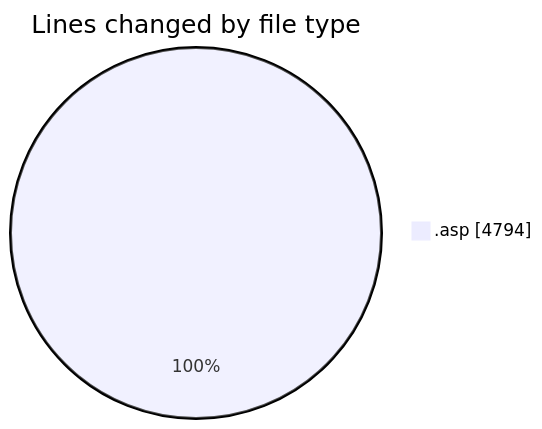
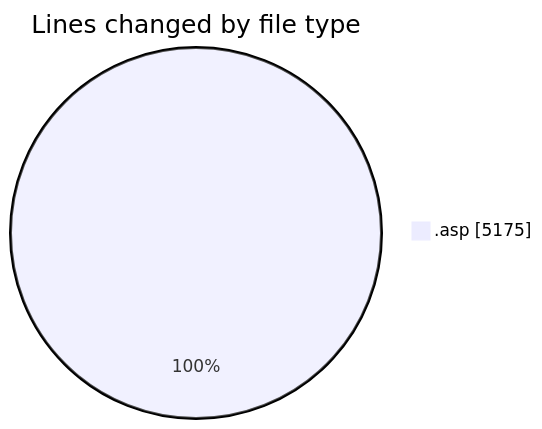
One commit to julien-gomy/code-tracking changed the first of 2 diagrams in 2025-11-10/cdp_aleoudev_fr__workspace_/README.md. Above: the diagram before and after it, drawn with Mermaid. The commit also changed other lines of this file and 1 other file, not shown here.

````diff
--- a/2025-11-10/cdp_aleoudev_fr__workspace_/README.md
+++ b/2025-11-10/cdp_aleoudev_fr__workspace_/README.md
@@ -32,5 +33,5 @@
 ```mermaid
 pie showData
 title Lines changed by file type
-".asp" : 4794
+".asp" : 5175
 ```
````
